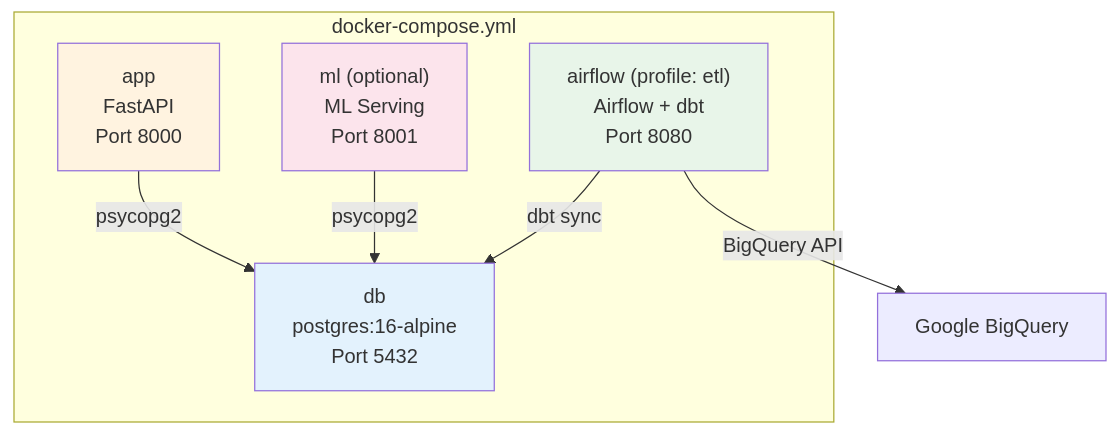
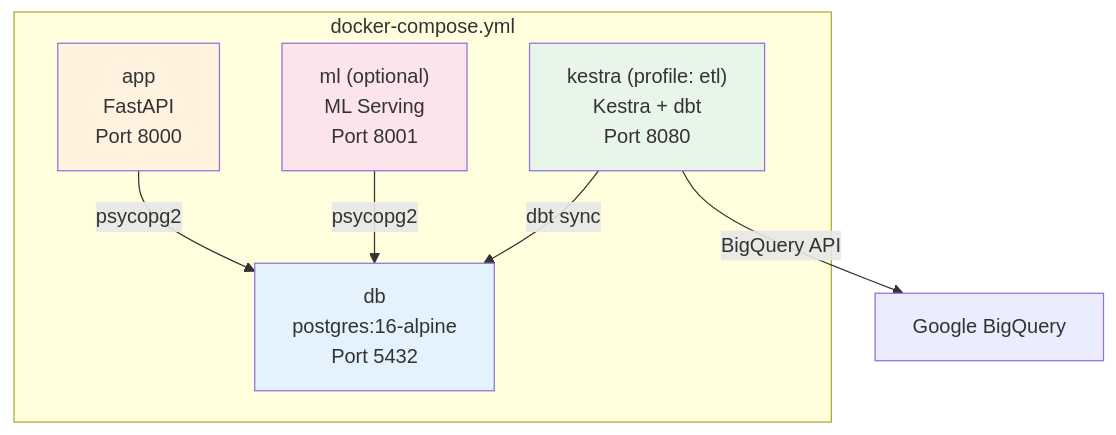
The eighth of 11 diagrams in docs/sda/SYSTEM_DESIGN.md (RayhanLup1n/bi-hackathon-group-1), drawn with Mermaid before and after one commit. The commit also changed other lines of this file and 30 other files, not shown here.

````diff
--- a/docs/sda/SYSTEM_DESIGN.md
+++ b/docs/sda/SYSTEM_DESIGN.md
@@ -474,19 +474,19 @@
 ```mermaid
 graph TB
     subgraph docker-compose.yml
         APP["app<br/>FastAPI<br/>Port 8000"]
         DB["db<br/>postgres:16-alpine<br/>Port 5432"]
         ML["ml (optional)<br/>ML Serving<br/>Port 8001"]
-        AF["airflow (profile: etl)<br/>Airflow + dbt<br/>Port 8080"]
+        KS["kestra (profile: etl)<br/>Kestra + dbt<br/>Port 8080"]
     end
 
     APP -->|"psycopg2"| DB
     ML -->|"psycopg2"| DB
-    AF -->|"BigQuery API"| BQ["Google BigQuery"]
-    AF -->|"dbt sync"| DB
+    KS -->|"BigQuery API"| BQ["Google BigQuery"]
+    KS -->|"dbt sync"| DB
 
     style APP fill:#FFF3E0
     style DB fill:#E3F2FD
     style ML fill:#FCE4EC
-    style AF fill:#E8F5E9
+    style KS fill:#E8F5E9
 ```
````
